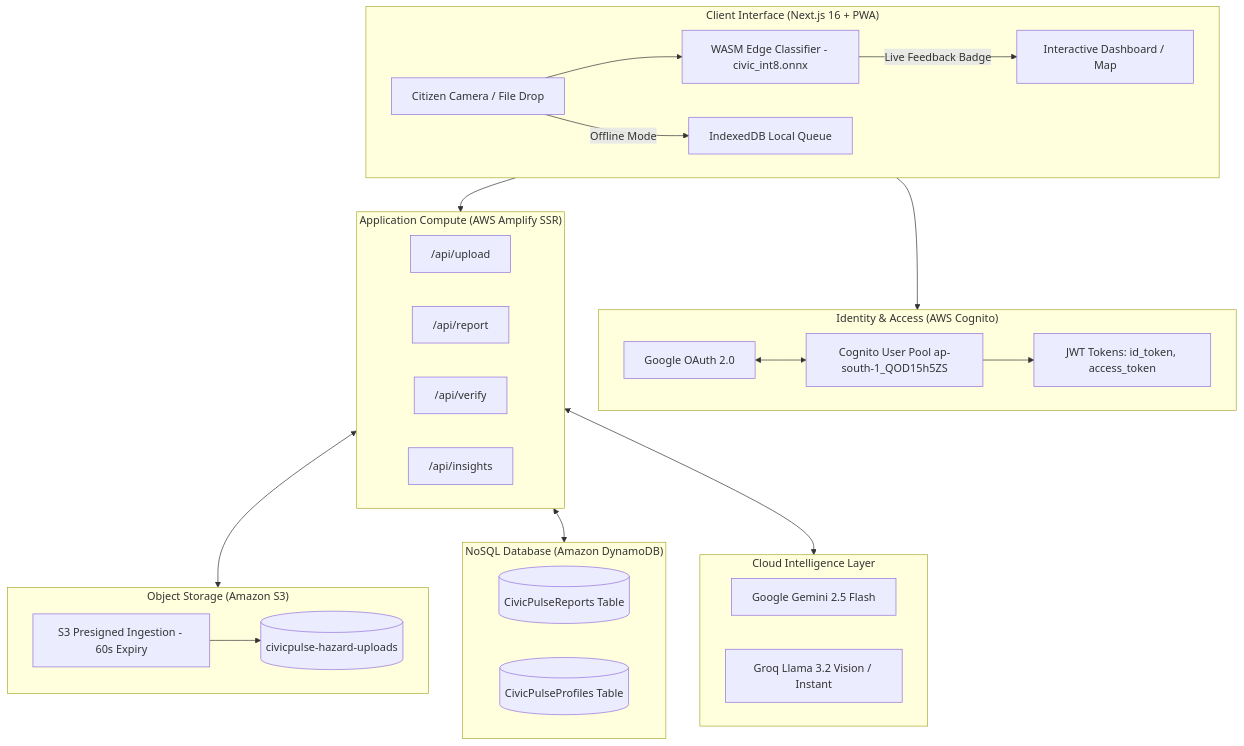
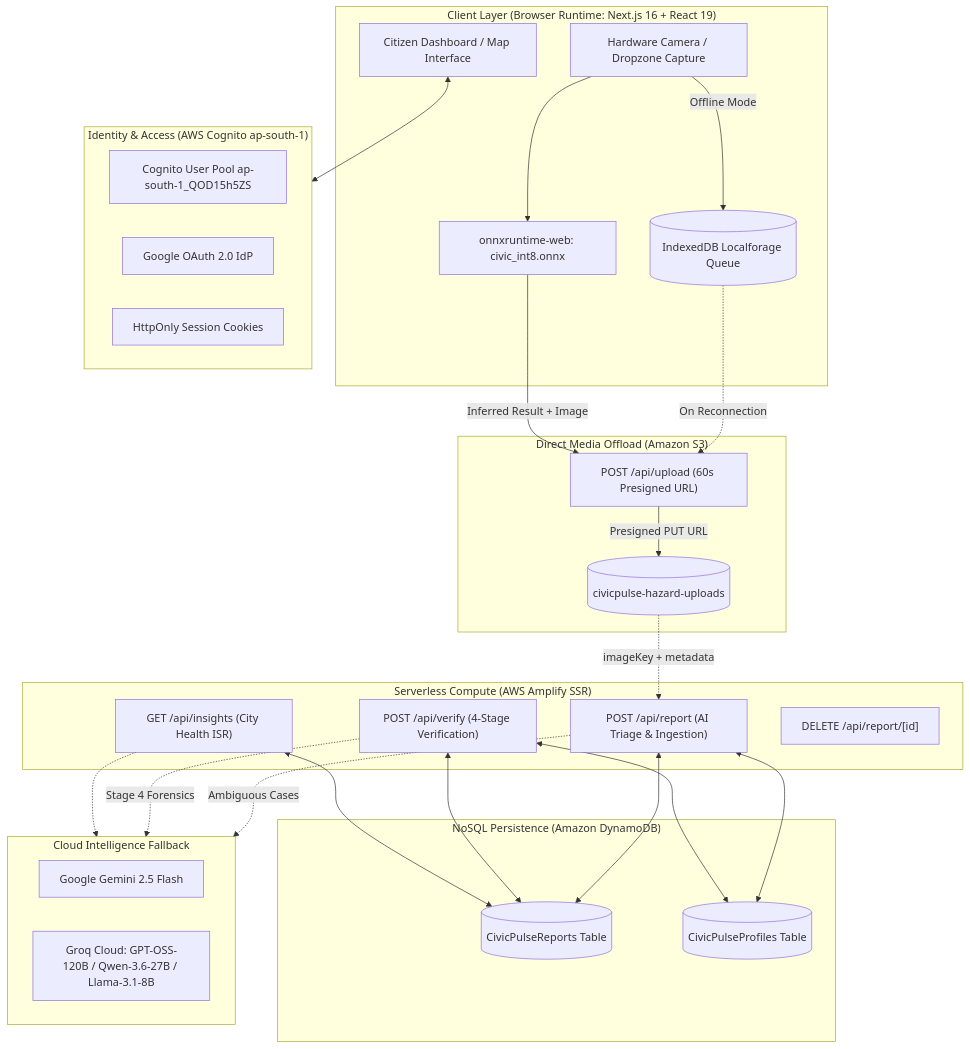
Before and after one commit to Pratyush017/AWS-project: the diagram in CivicGuard_Comprehensive_Project_Report.md, drawn with Mermaid. The commit also changed other lines of this file, not shown here.

Commit message:
docs: restructure report with abstract, intro, description, screenshots and verified code snippets

````diff
--- a/CivicGuard_Comprehensive_Project_Report.md
+++ b/CivicGuard_Comprehensive_Project_Report.md
@@ -94,40 +134,53 @@
 ```mermaid
 graph TD
-    subgraph Client ["Client Interface (Next.js 16 + PWA)"]
-        A[Citizen Camera / File Drop] --> B[WASM Edge Classifier - civic_int8.onnx]
-        B -->|Live Feedback Badge| C[Interactive Dashboard / Map]
-        A -->|Offline Mode| D[IndexedDB Local Queue]
+    subgraph ClientLayer ["Client Layer (Browser Runtime: Next.js 16 + React 19)"]
+        UI[Citizen Dashboard / Map Interface]
+        CAM[Hardware Camera / Dropzone Capture]
+        WASM[onnxruntime-web: civic_int8.onnx]
+        IDB[(IndexedDB Localforage Queue)]
     end
 
-    subgraph AuthAWS ["Identity & Access (AWS Cognito)"]
-        E[Google OAuth 2.0] <--> F[Cognito User Pool ap-south-1_QOD15h5ZS]
-        F --> G[JWT Tokens: id_token, access_token]
+    subgraph AuthLayer ["Identity & Access (AWS Cognito ap-south-1)"]
+        COG[Cognito User Pool ap-south-1_QOD15h5ZS]
+        GOOG[Google OAuth 2.0 IdP]
+        JWT[HttpOnly Session Cookies]
     end
 
-    subgraph StorageAWS ["Object Storage (Amazon S3)"]
-        H[S3 Presigned Ingestion - 60s Expiry] --> I[(civicpulse-hazard-uploads)]
+    subgraph IngestionLayer ["Direct Media Offload (Amazon S3)"]
+        PRESIGN["POST /api/upload (60s Presigned URL)"]
+        S3[(civicpulse-hazard-uploads)]
     end
 
-    subgraph ComputeAWS ["Application Compute (AWS Amplify SSR)"]
-        J["/api/upload"]
-        K["/api/report"]
-        L["/api/verify"]
-        M["/api/insights"]
+    subgraph ComputeLayer ["Serverless Compute (AWS Amplify SSR)"]
+        R_REP["POST /api/report (AI Triage & Ingestion)"]
+        R_VER["POST /api/verify (4-Stage Verification)"]
+        R_INS["GET /api/insights (City Health ISR)"]
+        R_DEL["DELETE /api/report/[id]"]
     end
 
-    subgraph DatabaseAWS ["NoSQL Database (Amazon DynamoDB)"]
-        N[(CivicPulseReports Table)]
-        O[(CivicPulseProfiles Table)]
+    subgraph DBLayer ["NoSQL Persistence (Amazon DynamoDB)"]
+        DDB_REP[("CivicPulseReports Table")]
+        DDB_PROF[("CivicPulseProfiles Table")]
     end
 
-    subgraph IntelligenceCloud ["Cloud Intelligence Layer"]
-        P[Google Gemini 2.5 Flash]
-        Q[Groq Llama 3.2 Vision / Instant]
+    subgraph AICloudLayer ["Cloud Intelligence Fallback"]
+        GEMINI[Google Gemini 2.5 Flash]
+        GROQ[Groq Cloud: GPT-OSS-120B / Qwen-3.6-27B / Llama-3.1-8B]
     end
 
-    Client --> AuthAWS
-    Client --> ComputeAWS
-    ComputeAWS <--> StorageAWS
-    ComputeAWS <--> DatabaseAWS
-    ComputeAWS <--> IntelligenceCloud
+    CAM --> WASM
+    CAM -->|Offline Mode| IDB
+    IDB -.->|On Reconnection| PRESIGN
+    WASM -->|Inferred Result + Image| PRESIGN
+    PRESIGN -->|Presigned PUT URL| S3
+    S3 -.->|imageKey + metadata| R_REP
+    UI <--> AuthLayer
+    R_REP <--> DDB_REP
+    R_REP <--> DDB_PROF
+    R_VER <--> DDB_REP
+    R_VER <--> DDB_PROF
+    R_REP -.->|Ambiguous Cases| AICloudLayer
+    R_VER -.->|Stage 4 Forensics| AICloudLayer
+    R_INS <--> DDB_REP
+    R_INS -.-> AICloudLayer
 ```
````
